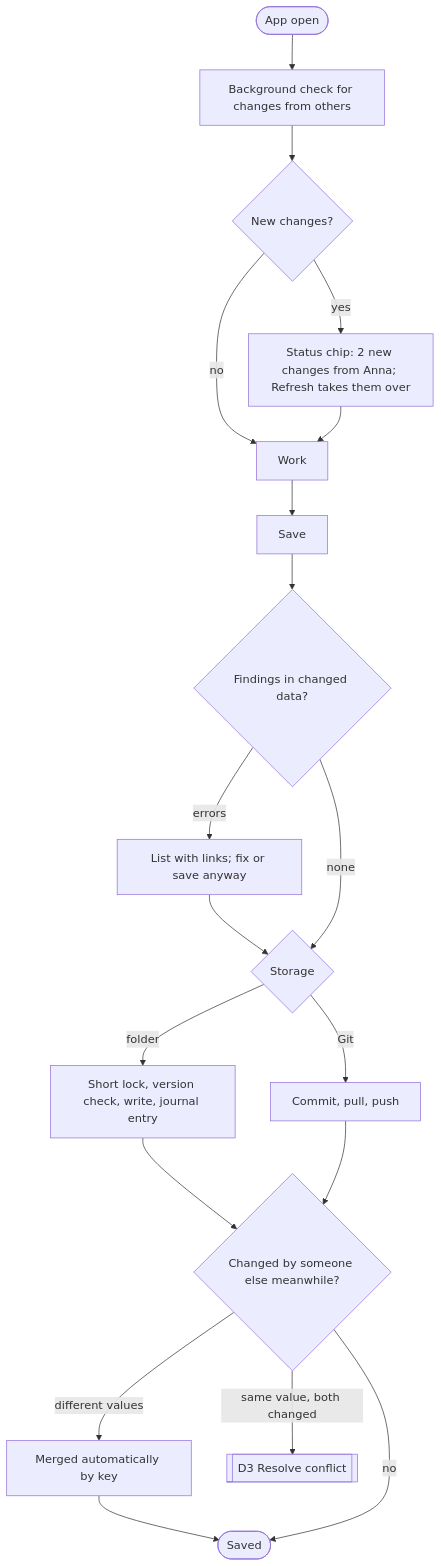
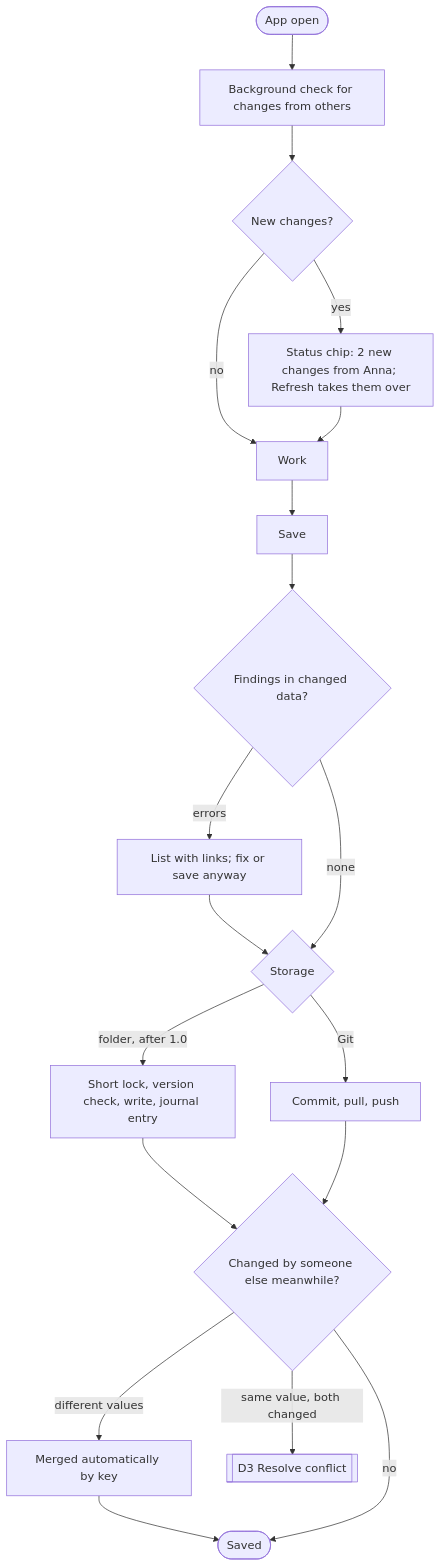
The tenth of 15 diagrams in docs/redesign/flows.md (swallat/foresprint), drawn with Mermaid before and after one commit. The commit also changed other lines of this file and 2 other files, not shown here.

First line of the commit message:
Git stays the 1.0 storage; shared folder after 1.0 via the same interface

````diff
--- a/docs/redesign/flows.md
+++ b/docs/redesign/flows.md
@@ -287,19 +287,19 @@
 ```mermaid
 flowchart TD
   O([App open]) --> BG[Background check for changes from others]
   BG --> N{New changes?}
   N -- yes --> CH[Status chip: 2 new changes from Anna; Refresh takes them over]
   N -- no --> W
   CH --> W[Work]
   W --> SV[Save]
   SV --> V{Findings in changed data?}
   V -- errors --> VF[List with links; fix or save anyway] --> ST
   V -- none --> ST{Storage}
-  ST -- folder --> L[Short lock, version check, write, journal entry]
+  ST -- folder, after 1.0 --> L[Short lock, version check, write, journal entry]
   ST -- Git --> C[Commit, pull, push]
   L --> M{Changed by someone else meanwhile?}
   C --> M
   M -- different values --> MG[Merged automatically by key] --> D([Saved])
   M -- same value, both changed --> D3[[D3 Resolve conflict]]
   M -- no --> D
 ```
````
